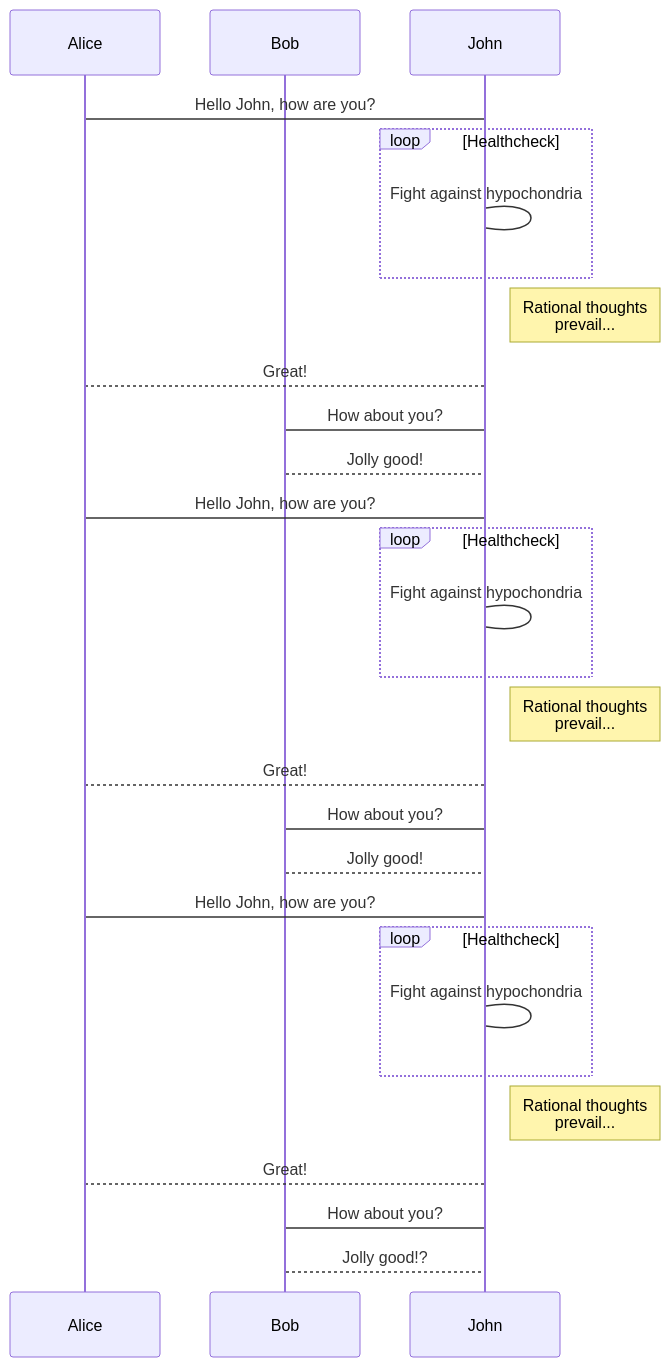
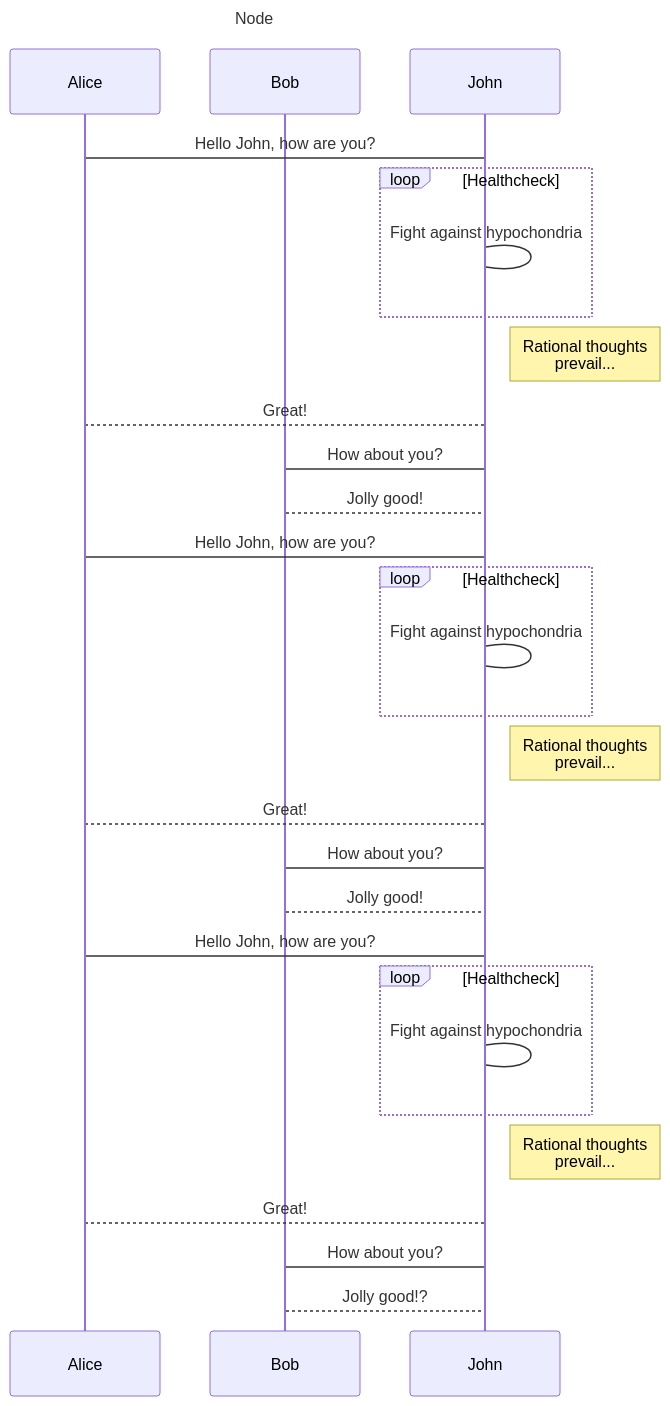
Before and after one commit to arichika/previewseqdiag-vscode: the diagram in sample/sample-mermaid-seq.mmd, drawn with Mermaid. The commit also changed 18 other files, not shown here.

```diff
--- a/sample/sample-mermaid-seq.mmd
+++ b/sample/sample-mermaid-seq.mmd
@@ -1,29 +1,32 @@
+---
+title: Node
+---
 sequenceDiagram
     participant Alice
     participant Bob
     Alice->John: Hello John, how are you?
     loop Healthcheck
         John->John: Fight against hypochondria
     end
     Note right of John: Rational thoughts <br/>prevail...
     John-->Alice: Great!
     John->Bob: How about you?
     Bob-->John: Jolly good!
 
     Alice->John: Hello John, how are you?
     loop Healthcheck
         John->John: Fight against hypochondria
     end
     Note right of John: Rational thoughts <br/>prevail...
     John-->Alice: Great!
     John->Bob: How about you?
     Bob-->John: Jolly good!
 
     Alice->John: Hello John, how are you?
     loop Healthcheck
         John->John: Fight against hypochondria
     end
     Note right of John: Rational thoughts <br/>prevail...
     John-->Alice: Great!
     John->Bob: How about you?
     Bob-->John: Jolly good!?
```
